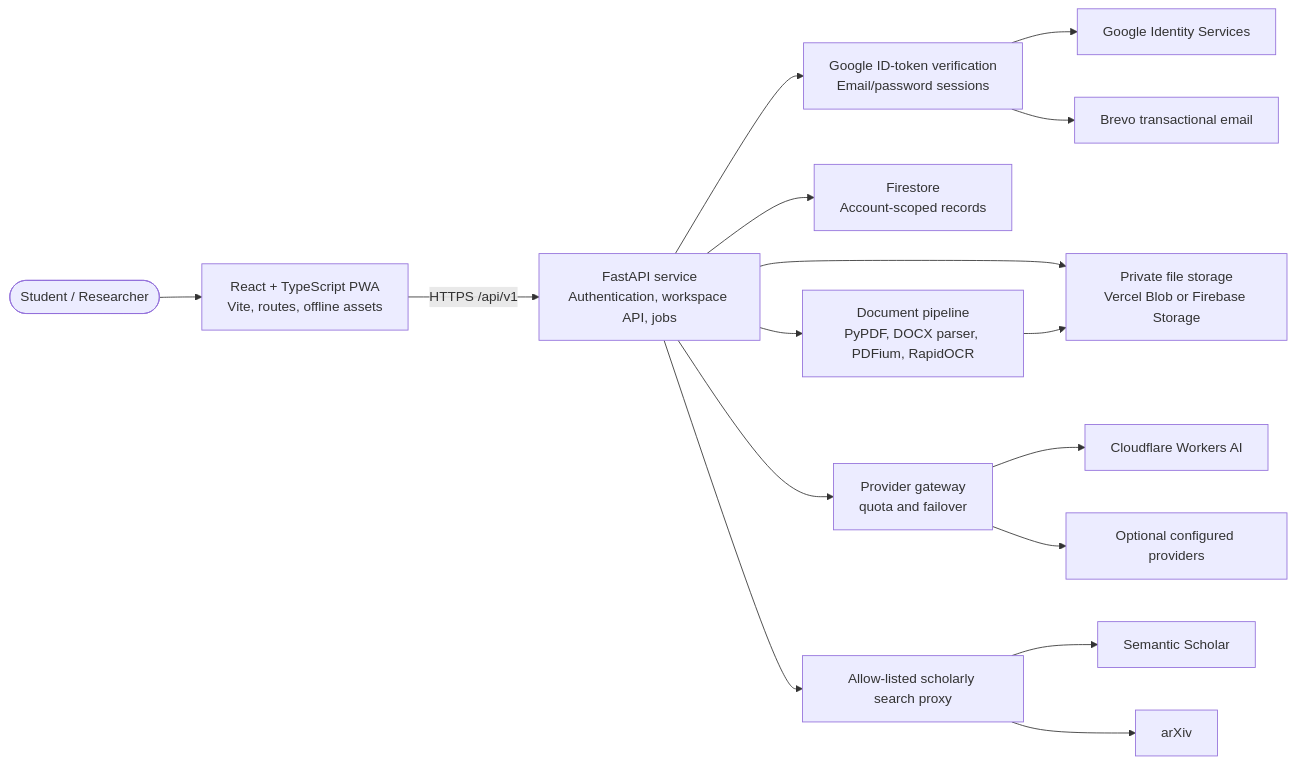
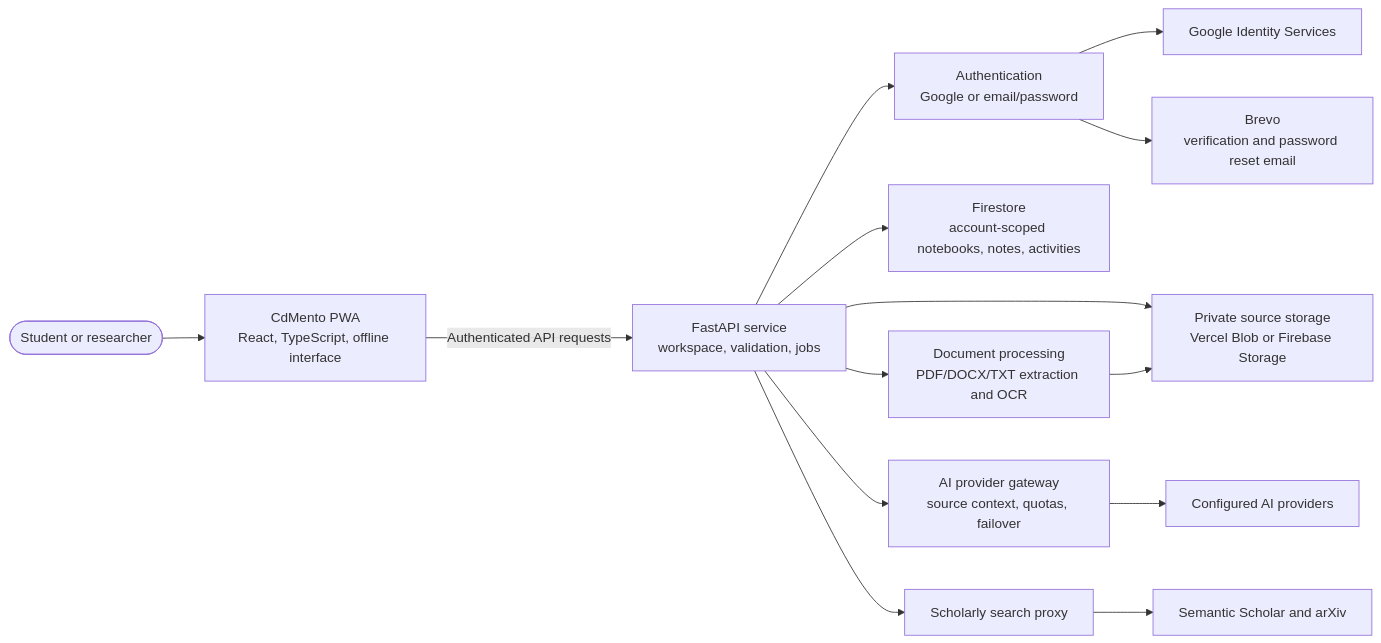
The diagram in README.md (Zaitonic/CdMento), drawn with Mermaid before and after one commit. The commit also changed other lines of this file, not shown here.

````diff
--- a/README.md
+++ b/README.md
@@ -260,22 +97,19 @@
 ```mermaid
 flowchart LR
-    user([Student / Researcher]) --> pwa[React + TypeScript PWA\nVite, routes, offline assets]
-    pwa -->|HTTPS /api/v1| api[FastAPI service\nAuthentication, workspace API, jobs]
+    user([Student or researcher]) --> pwa[CdMento PWA<br/>React, TypeScript, offline interface]
+    pwa -->|Authenticated API requests| api[FastAPI service<br/>workspace, validation, jobs]
 
-    api --> auth[Google ID-token verification\nEmail/password sessions]
+    api --> auth[Authentication<br/>Google or email/password]
     auth --> google[Google Identity Services]
-    auth --> brevo[Brevo transactional email]
+    auth --> brevo[Brevo<br/>verification and password reset email]
 
-    api --> data[Firestore\nAccount-scoped records]
-    api --> files[Private file storage\nVercel Blob or Firebase Storage]
-    api --> docs[Document pipeline\nPyPDF, DOCX parser, PDFium, RapidOCR]
-    docs --> files
+    api --> records[Firestore<br/>account-scoped notebooks, notes, activities]
+    api --> files[Private source storage<br/>Vercel Blob or Firebase Storage]
+    api --> processing[Document processing<br/>PDF/DOCX/TXT extraction and OCR]
+    processing --> files
 
-    api --> ai[Provider gateway\nquota and failover]
-    ai --> cloudflare[Cloudflare Workers AI]
-    ai --> optionalAI[Optional configured providers]
-
-    api --> search[Allow-listed scholarly search proxy]
-    search --> semantic[Semantic Scholar]
-    search --> arxiv[arXiv]
+    api --> ai[AI provider gateway<br/>source context, quotas, failover]
+    ai --> providers[Configured AI providers]
+    api --> scholarly[Scholarly search proxy]
+    scholarly --> indexes[Semantic Scholar and arXiv]
 ```
````
